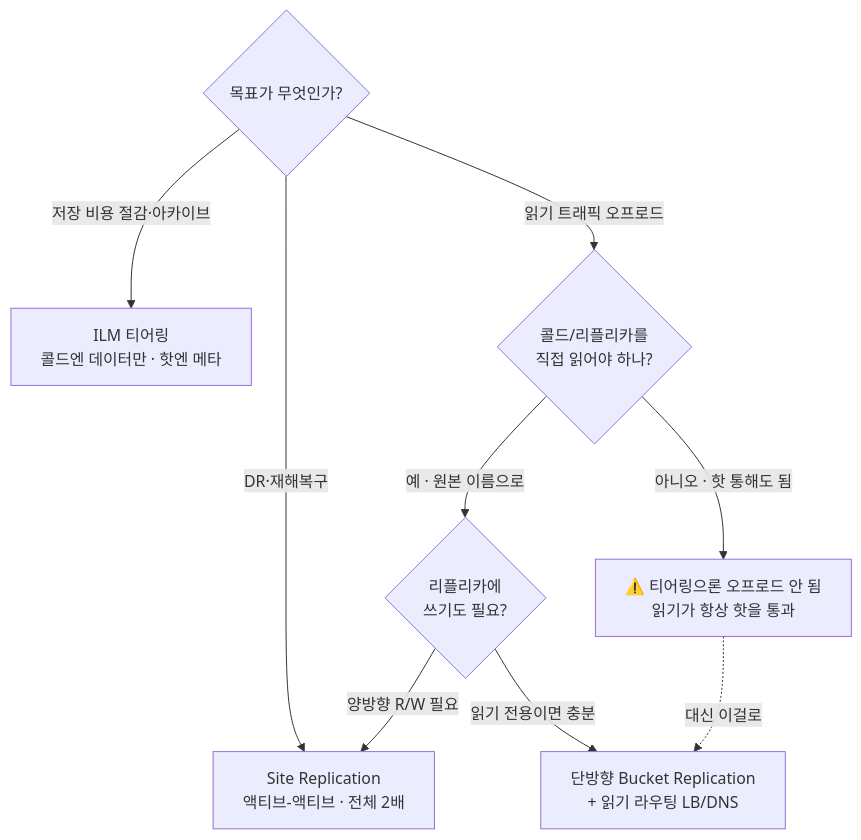
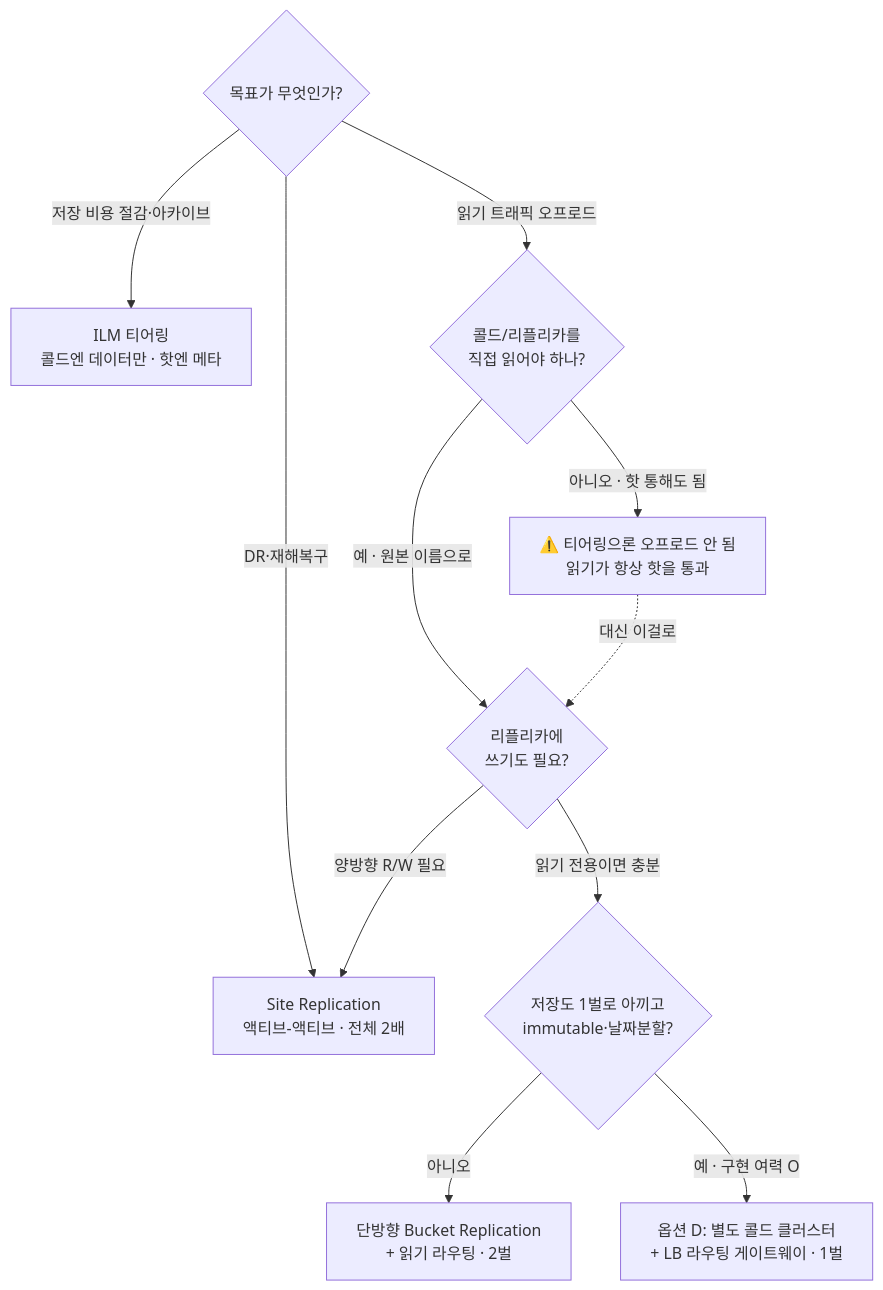
The fourth of 4 diagrams in _posts/2026-08-03-minio-read-offload-replication.md (taengkim/taengkim.github.io), drawn with Mermaid before and after one commit. The commit also changed other lines of this file, not shown here.

First line of the commit message:
feat(post): 옵션 D(별도 콜드 클러스터 + LB 라우팅 게이트웨이) 추가

````diff
--- a/_posts/2026-08-03-minio-read-offload-replication.md
+++ b/_posts/2026-08-03-minio-read-offload-replication.md
@@ -135,15 +192,18 @@
 ```mermaid
 flowchart TD
     Q0{"목표가 무엇인가?"}
     Q0 -->|"저장 비용 절감·아카이브"| T["ILM 티어링<br/>콜드엔 데이터만 · 핫엔 메타"]
     Q0 -->|"DR·재해복구"| SR["Site Replication<br/>액티브-액티브 · 전체 2배"]
     Q0 -->|"읽기 트래픽 오프로드"| Q1{"콜드/리플리카를<br/>직접 읽어야 하나?"}
 
     Q1 -->|"아니오 · 핫 통해도 됨"| WARN["⚠️ 티어링으론 오프로드 안 됨<br/>읽기가 항상 핫을 통과"]
     Q1 -->|"예 · 원본 이름으로"| Q2{"리플리카에<br/>쓰기도 필요?"}
 
-    Q2 -->|"읽기 전용이면 충분"| BR["단방향 Bucket Replication<br/>+ 읽기 라우팅 LB/DNS"]
     Q2 -->|"양방향 R/W 필요"| SR
+    Q2 -->|"읽기 전용이면 충분"| Q3{"저장도 1벌로 아끼고<br/>immutable·날짜분할?"}
 
-    WARN -.->|"대신 이걸로"| BR
+    Q3 -->|"아니오"| BR["단방향 Bucket Replication<br/>+ 읽기 라우팅 · 2벌"]
+    Q3 -->|"예 · 구현 여력 O"| D["옵션 D: 별도 콜드 클러스터<br/>+ LB 라우팅 게이트웨이 · 1벌"]
+
+    WARN -.->|"대신 이걸로"| Q2
 ```
````
